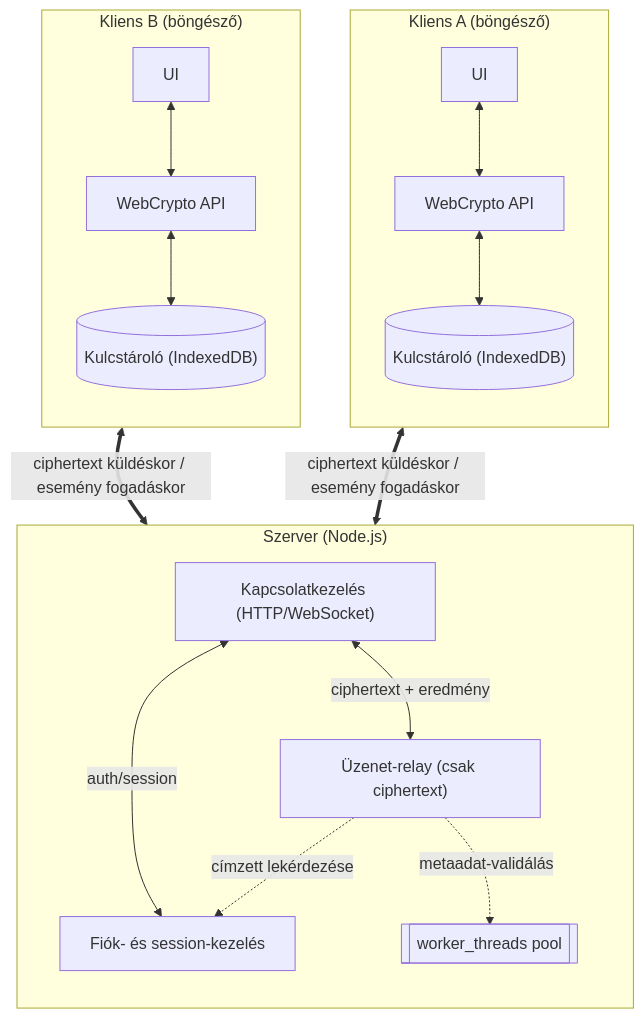
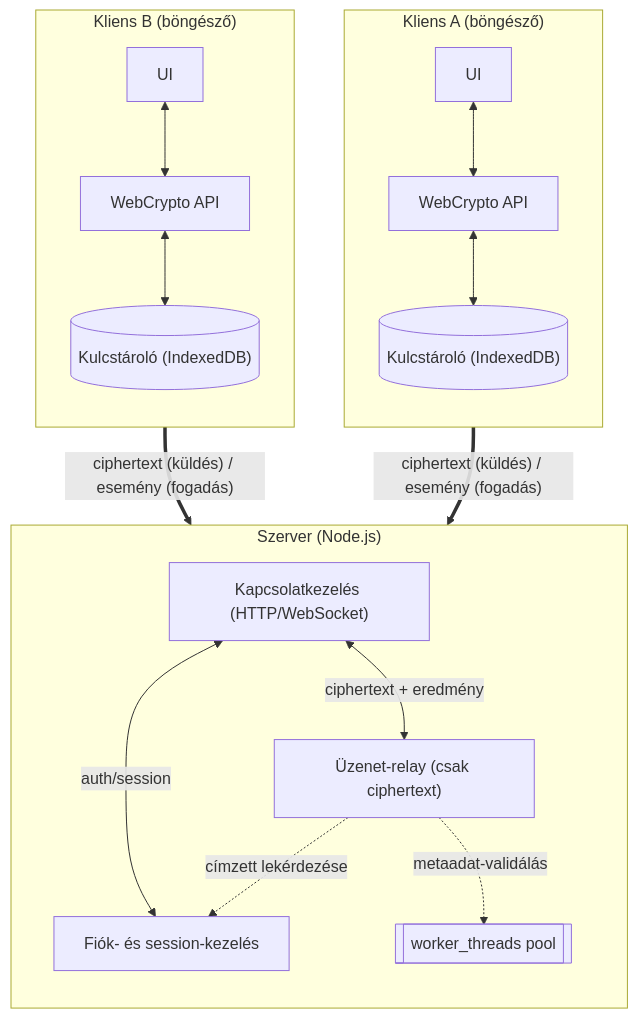
Before and after one commit to NDominikViktor/szak_gyak: the diagram in docs/architecture.md, drawn with Mermaid. The commit also changed other lines of this file, not shown here.

````diff
--- a/docs/architecture.md
+++ b/docs/architecture.md
@@ -9,32 +9,29 @@
 ```mermaid
 flowchart TB
     subgraph KA["Kliens A (böngésző)"]
         direction TB
         A_UI["UI"] <--> A_WC["WebCrypto API"]
         A_WC <--> A_KS[("Kulcstároló (IndexedDB)")]
     end
 
     subgraph KB["Kliens B (böngésző)"]
         direction TB
         B_UI["UI"] <--> B_WC["WebCrypto API"]
         B_WC <--> B_KS[("Kulcstároló (IndexedDB)")]
     end
 
-    A_WC <==>|"ciphertext küldéskor / esemény fogadáskor"| CONN
-    B_WC <==>|"ciphertext küldéskor / esemény fogadáskor"| CONN
+    A_WC ==>|"ciphertext (küldés) / esemény (fogadás)"| CONN
+    B_WC ==>|"ciphertext (küldés) / esemény (fogadás)"| CONN
 
     subgraph SZ["Szerver (Node.js)"]
         direction TB
         CONN["Kapcsolatkezelés (HTTP/WebSocket)"]
         ACC["Fiók- és session-kezelés"]
         RELAY["Üzenet-relay (csak ciphertext)"]
         POOL[["worker_threads pool"]]
         CONN <-->|"auth/session"| ACC
         CONN <-->|"ciphertext + eredmény"| RELAY
         RELAY -.->|"címzett lekérdezése"| ACC
         RELAY -.->|"metaadat-validálás"| POOL
     end
-
-    KA ~~~ SZ
-    KB ~~~ SZ
 ```
````
